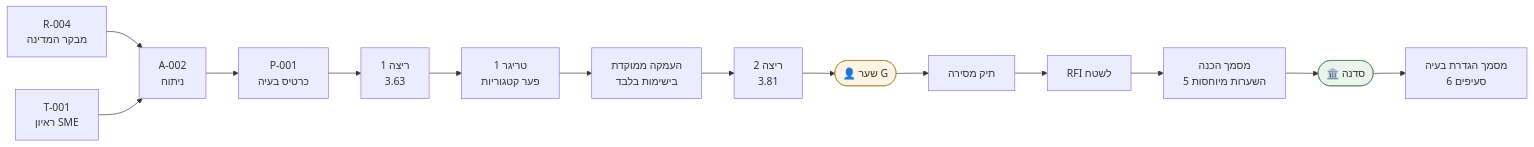
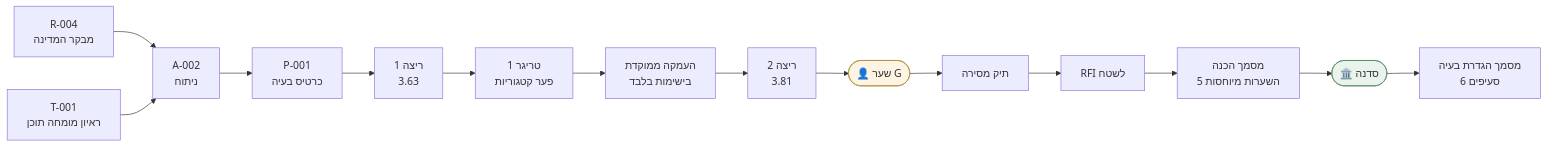
The fifth of 6 diagrams in Playbook V2/08-ארכיטקטורת-המימוש/00-מפת-הזרימה-המלאה.md (Strauss-X-Labs/NAIA-Playbook), drawn with Mermaid before and after one commit. The commit also changed other lines of this file and 86 other files, not shown here.

````diff
--- a/Playbook V2/08-ארכיטקטורת-המימוש/00-מפת-הזרימה-המלאה.md
+++ b/Playbook V2/08-ארכיטקטורת-המימוש/00-מפת-הזרימה-המלאה.md
@@ -212,19 +212,19 @@
 ```mermaid
 flowchart LR
     R004["R-004<br/>מבקר המדינה"] --> A002["A-002<br/>ניתוח"]
-    T001["T-001<br/>ראיון SME"] --> A002
+    T001["T-001<br/>ראיון מומחה תוכן"] --> A002
     A002 --> P001["P-001<br/>כרטיס בעיה"]
     P001 --> SC1["ריצה 1<br/>3.63"]
     SC1 --> TRG["טריגר 1<br/>פער קטגוריות"]
     TRG --> DEEP["העמקה ממוקדת<br/>בישימות בלבד"]
     DEEP --> SC2["ריצה 2<br/>3.81"]
     SC2 --> GATE(["👤 שער G"])
     GATE --> HAND["תיק מסירה"]
     HAND --> RFI["RFI לשטח"]
     RFI --> PREP["מסמך הכנה<br/>5 השערות מיוחסות"]
     PREP --> WS(["🏛️ סדנה"])
     WS --> DEF["מסמך הגדרת בעיה<br/>6 סעיפים"]
 
     style GATE fill:#fdf4e3,stroke:#b08d3f
     style WS fill:#eaf3ec,stroke:#5a8a68
 ```
````
